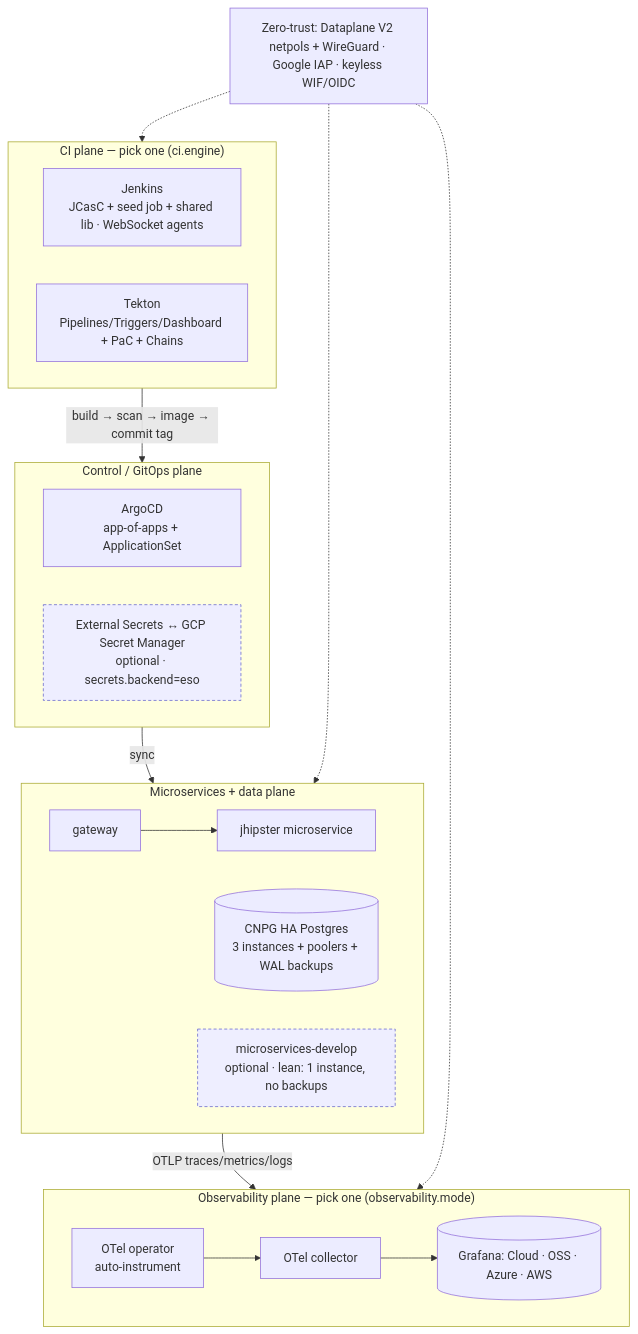
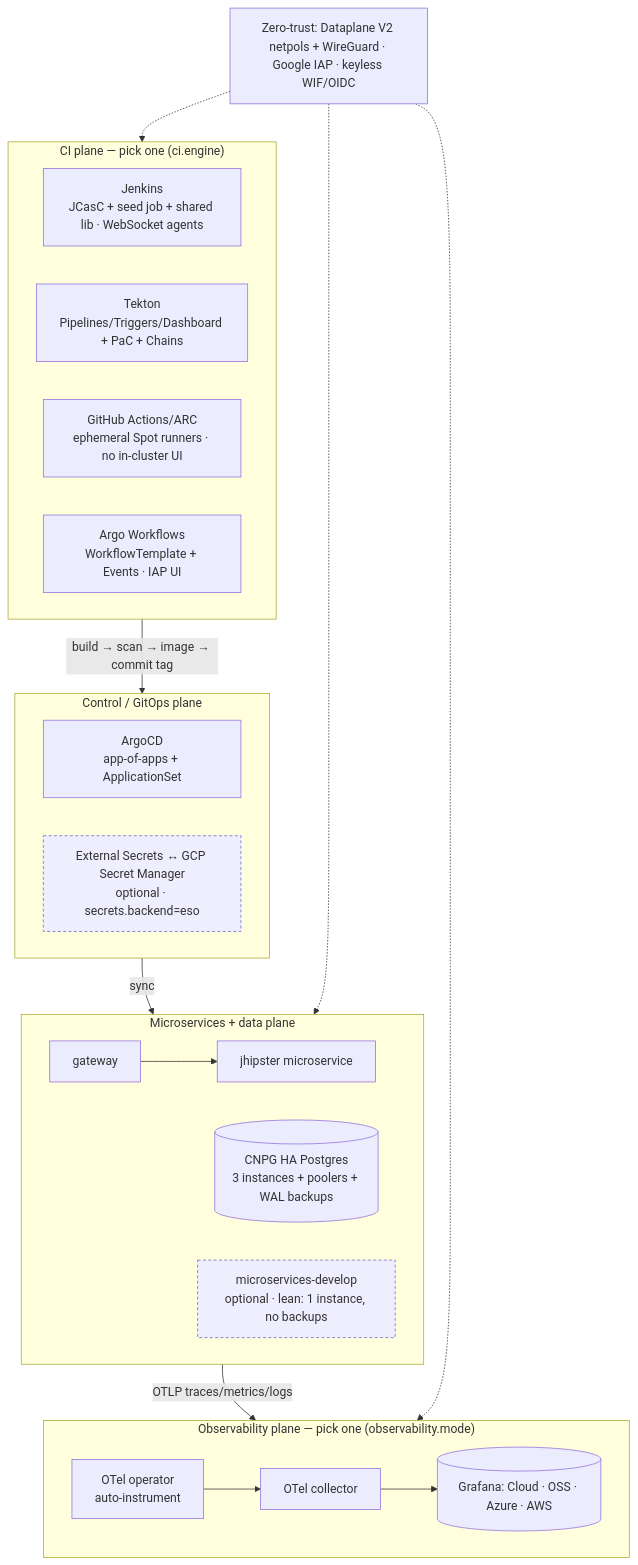
The third of 4 diagrams in README.md (nubenetes/jenkins-2026), drawn with Mermaid before and after one commit. The commit also changed other lines of this file and 28 other files, not shown here.

````diff
--- a/README.md
+++ b/README.md
@@ -107,27 +109,29 @@
 ```mermaid
 flowchart TB
   subgraph CP["Control / GitOps plane"]
     argo["ArgoCD<br/>app-of-apps + ApplicationSet"]
     eso["External Secrets ↔ GCP Secret Manager<br/>optional · secrets.backend=eso"]:::opt
   end
   subgraph CI["CI plane — pick one (ci.engine)"]
     jen["Jenkins<br/>JCasC + seed job + shared lib · WebSocket agents"]
     tek["Tekton<br/>Pipelines/Triggers/Dashboard + PaC + Chains"]
+    gha["GitHub Actions/ARC<br/>ephemeral Spot runners · no in-cluster UI"]
+    awf["Argo Workflows<br/>WorkflowTemplate + Events · IAP UI"]
   end
   subgraph DATA["Microservices + data plane"]
     gw[gateway] --> msapp[jhipster microservice]
     cnpg[("CNPG HA Postgres<br/>3 instances + poolers + WAL backups")]
     msd["microservices-develop<br/>optional · lean: 1 instance, no backups"]:::opt
   end
   subgraph OBS["Observability plane — pick one (observability.mode)"]
     op["OTel operator<br/>auto-instrument"] --> col["OTel collector"]
     col --> back[("Grafana: Cloud · OSS · Azure · AWS")]
   end
   sec["Zero-trust: Dataplane V2 netpols + WireGuard · Google IAP · keyless WIF/OIDC"]
 
   CI -->|"build → scan → image → commit tag"| CP
   CP -->|"sync"| DATA
   DATA -->|"OTLP traces/metrics/logs"| OBS
   sec -.-> CI & DATA & OBS
   classDef opt fill:#eef,stroke:#66c,stroke-dasharray: 4 3;
 ```
````
